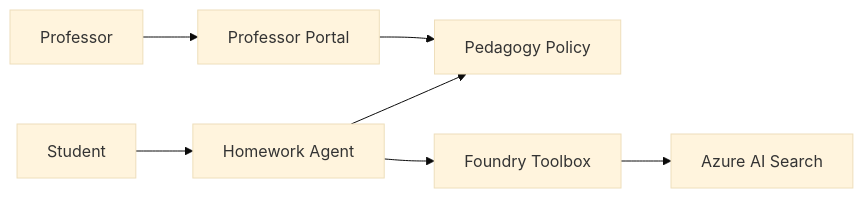
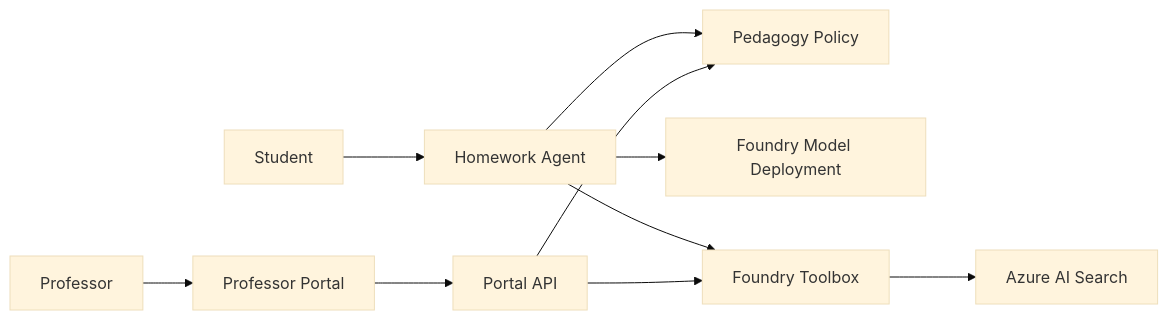
One commit to dbruun/edu-cohort-homework changed the first of 2 diagrams in docs/architecture.md. Above: the diagram before and after it, drawn with Mermaid (base theme). The commit also changed other lines of this file, not shown here.

Commit message:
Flesh out architecture doc with components, flows, planes, and principles

````diff
--- a/docs/architecture.md
+++ b/docs/architecture.md
@@ -5,9 +7,12 @@
 ```mermaid
 flowchart LR
   Student[Student] --> Agent[Homework Agent]
   Agent --> Policy[Pedagogy Policy]
+  Agent --> Model[Foundry Model Deployment]
   Agent --> Toolbox[Foundry Toolbox]
   Toolbox --> Search[Azure AI Search]
   Professor[Professor] --> Portal[Professor Portal]
-  Portal --> Policy
+  Portal --> API[Portal API]
+  API --> Policy
+  API --> Toolbox
 ```
````
